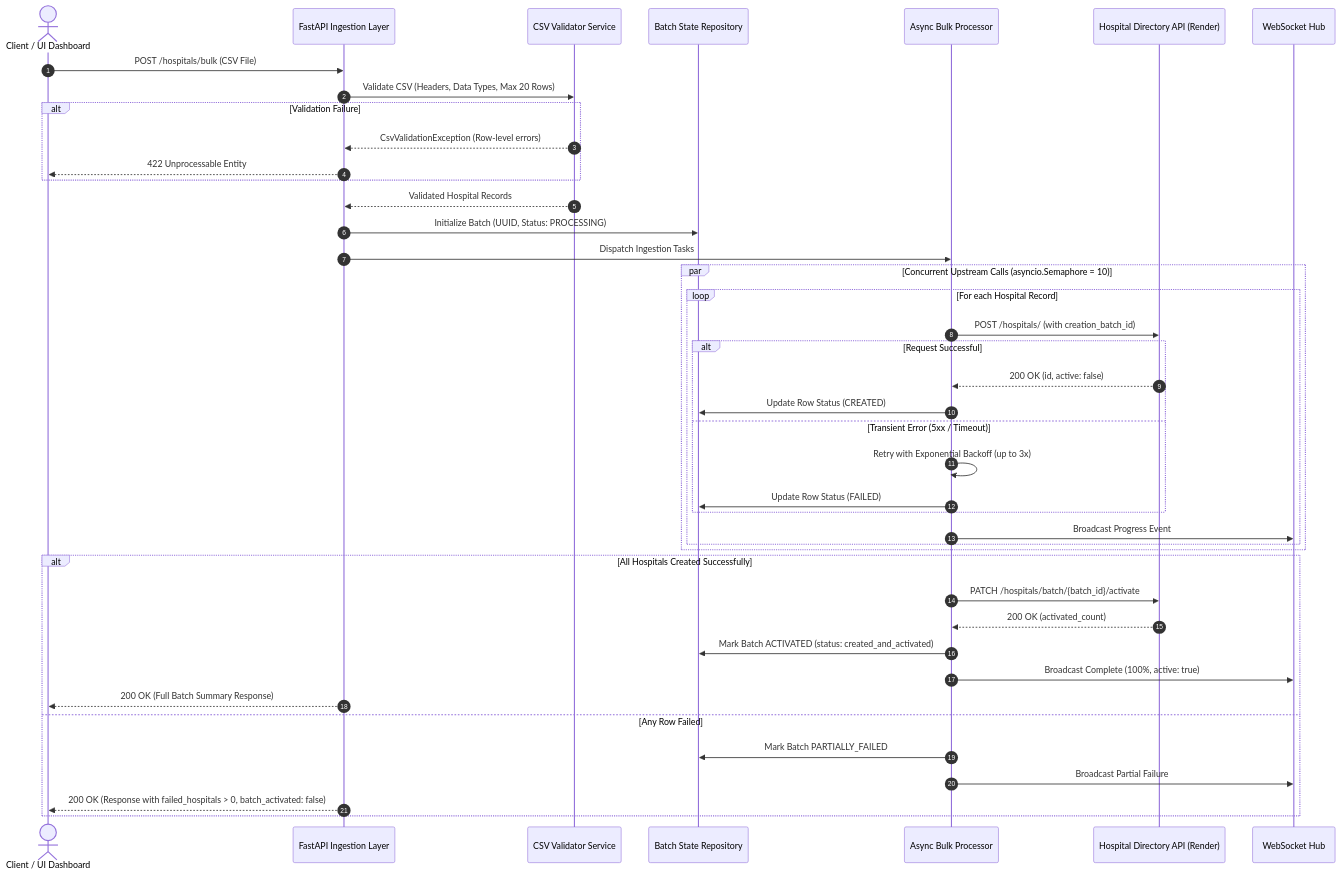
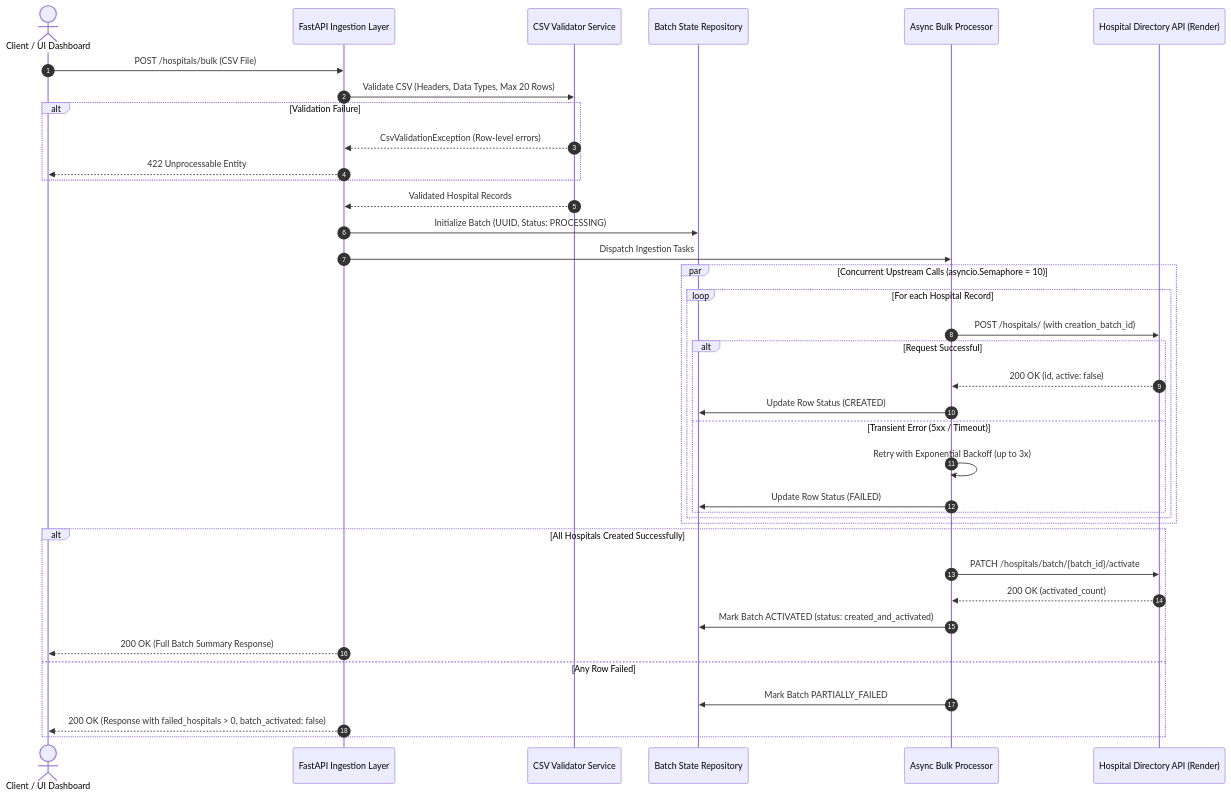
The first of 2 diagrams in README.md (tusharsainx/hps), drawn with Mermaid before and after one commit. The commit also changed other lines of this file and 13 other files, not shown here.

````diff
--- a/README.md
+++ b/README.md
@@ -11,47 +11,43 @@
 ```mermaid
 sequenceDiagram
     autonumber
     actor Client as Client / UI Dashboard
     participant API as FastAPI Ingestion Layer
     participant Val as CSV Validator Service
     participant Store as Batch State Repository
     participant Engine as Async Bulk Processor
     participant Upstream as Hospital Directory API (Render)
-    participant WS as WebSocket Hub
 
     Client->>API: POST /hospitals/bulk (CSV File)
     API->>Val: Validate CSV (Headers, Data Types, Max 20 Rows)
     alt Validation Failure
         Val-->>API: CsvValidationException (Row-level errors)
         API-->>Client: 422 Unprocessable Entity
     end
     Val-->>API: Validated Hospital Records
     API->>Store: Initialize Batch (UUID, Status: PROCESSING)
     API->>Engine: Dispatch Ingestion Tasks
 
     par Concurrent Upstream Calls (asyncio.Semaphore = 10)
         loop For each Hospital Record
             Engine->>Upstream: POST /hospitals/ (with creation_batch_id)
             alt Request Successful
                 Upstream-->>Engine: 200 OK (id, active: false)
                 Engine->>Store: Update Row Status (CREATED)
             else Transient Error (5xx / Timeout)
                 Engine->>Engine: Retry with Exponential Backoff (up to 3x)
                 Engine->>Store: Update Row Status (FAILED)
             end
-            Engine->>WS: Broadcast Progress Event
         end
     end
 
     alt All Hospitals Created Successfully
         Engine->>Upstream: PATCH /hospitals/batch/{batch_id}/activate
         Upstream-->>Engine: 200 OK (activated_count)
         Engine->>Store: Mark Batch ACTIVATED (status: created_and_activated)
-        Engine->>WS: Broadcast Complete (100%, active: true)
         API-->>Client: 200 OK (Full Batch Summary Response)
     else Any Row Failed
         Engine->>Store: Mark Batch PARTIALLY_FAILED
-        Engine->>WS: Broadcast Partial Failure
         API-->>Client: 200 OK (Response with failed_hospitals > 0, batch_activated: false)
     end
 ```
````
